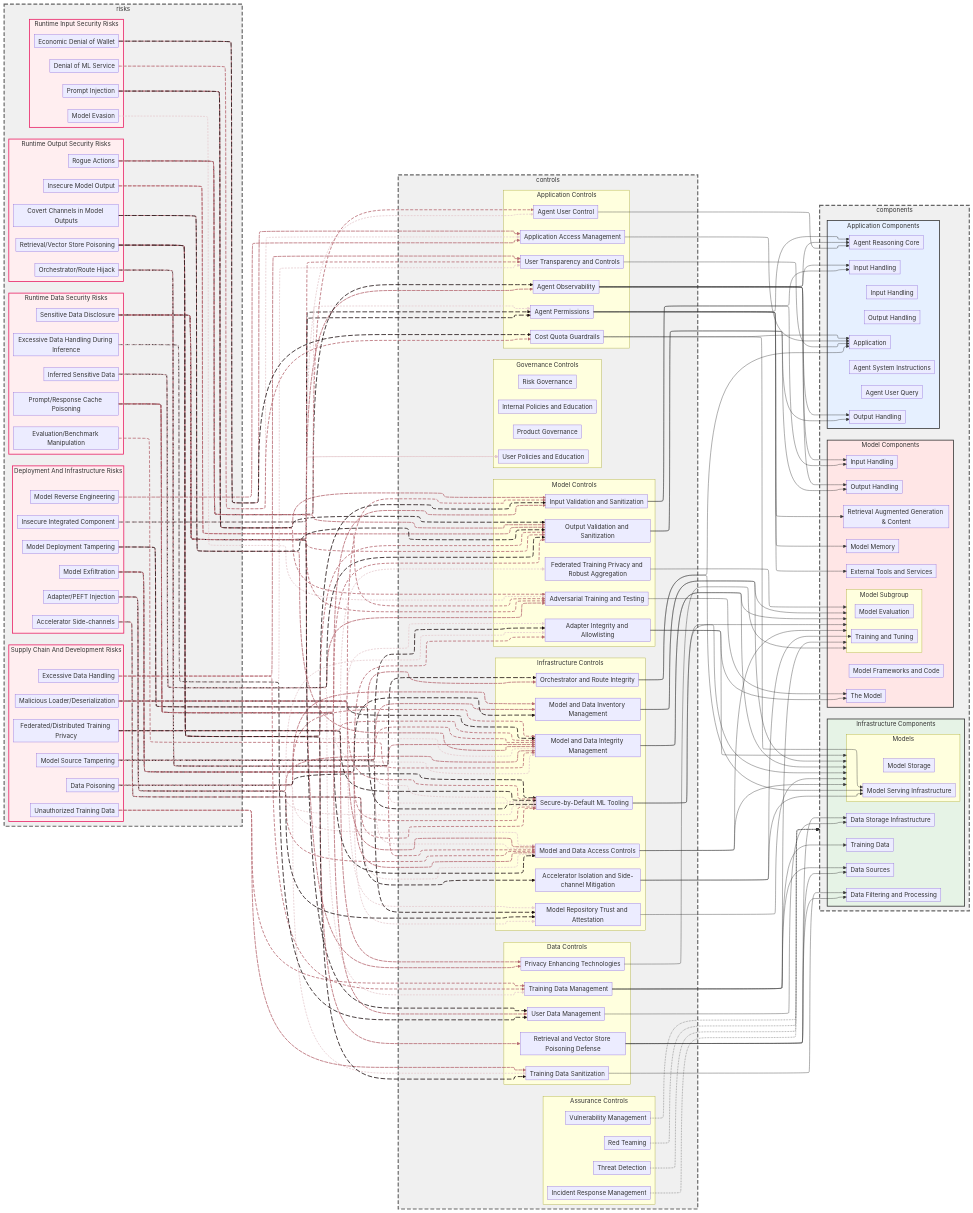
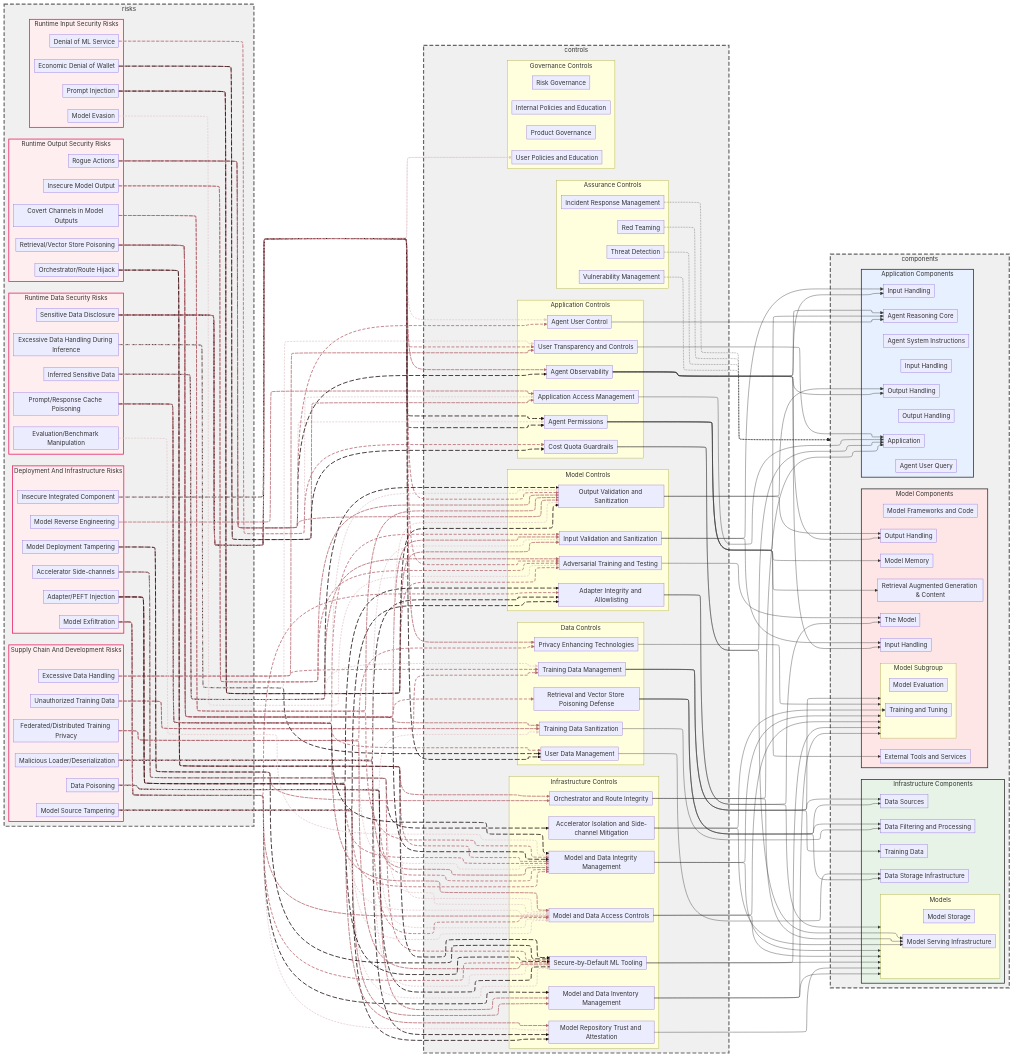
One commit to davidlabianca/secure-ai-tooling changed the diagram in risk-map/diagrams/controls-to-risk-graph.mermaid. Above: the diagram before and after it, drawn with Mermaid. The commit also changed 13 other files, not shown here.

First line of the commit message:
[Controls][Revert] Revert Addition of Federated Training Privacy and Robust Aggregation Control

```diff
--- a/risk-map/diagrams/controls-to-risk-graph.mermaid
+++ b/risk-map/diagrams/controls-to-risk-graph.mermaid
@@ -77,7 +77,6 @@
     subgraph controlsModel ["Model Controls"]
         controlAdapterIntegrityAndAllowlisting[Adapter Integrity and Allowlisting]
         controlAdversarialTrainingAndTesting[Adversarial Training and Testing]
-        controlFederatedTrainingPrivacyAndRobustAggregation[Federated Training Privacy and Robust Aggregation]
         controlInputValidationAndSanitization[Input Validation and Sanitization]
         controlOutputValidationAndSanitization[Output Validation and Sanitization]
     end
@@ -204,7 +203,6 @@
     ASC --> controlSecureByDefaultMLTooling
     EDW --> controlApplicationAccessManagement
     EDW --> controlCostQuotaGuardrails
-    FLP --> controlFederatedTrainingPrivacyAndRobustAggregation
     FLP --> controlModelAndDataIntegrityManagement
     FLP --> controlPrivacyEnhancingTechnologies
     FLP --> controlSecureByDefaultMLTooling
@@ -280,7 +278,6 @@
     controlRetrievalAndVectorStorePoisoningDefense --> componentDataStorage
     controlAdapterIntegrityAndAllowlisting --> componentTheModel
     controlAdapterIntegrityAndAllowlisting --> componentsModels
-    controlFederatedTrainingPrivacyAndRobustAggregation --> componentsModelSubgroup
     controlOrchestratorAndRouteIntegrity --> componentApplication
     controlOrchestratorAndRouteIntegrity --> componentModelServing
     controlModelRepositoryTrustAndAttestation --> componentsModels
@@ -291,7 +288,7 @@
     linkStyle 0,4,8,12,16,20,24,28,32,36,40,44,48,52,56,60,64,68,72,76,80,84 stroke:#e6cbce,stroke-width:2px,stroke-dasharray: 5 3
     linkStyle 1,5,9,13,17,21,25,29,33,37,41,45,49,53,57,61,65,69,73,77,81,85 stroke:#b66871,stroke-width:2px,stroke-dasharray: 8 4
     linkStyle 2,6,10,14,18,22,26,30,34,38,42,46,50,54,58,62,66,70,74,78,82,86 stroke:#b66871,stroke-width:2px,stroke-dasharray: 10 2
-    linkStyle 3,7,11,15,19,23,27,31,35,39,43,47,51,55,59,63,67,71,75,79,83,87 stroke:#1c0d0f,stroke-width:2px,stroke-dasharray: 12 5
+    linkStyle 3,7,11,15,19,23,27,31,35,39,43,47,51,55,59,63,67,71,75,79,83 stroke:#1c0d0f,stroke-width:2px,stroke-dasharray: 12 5
 
 %% Node style definitions
     style risksSupplyChainAndDevelopment fill:#ffeef0,stroke:#e91e63,stroke-width:2px
```
